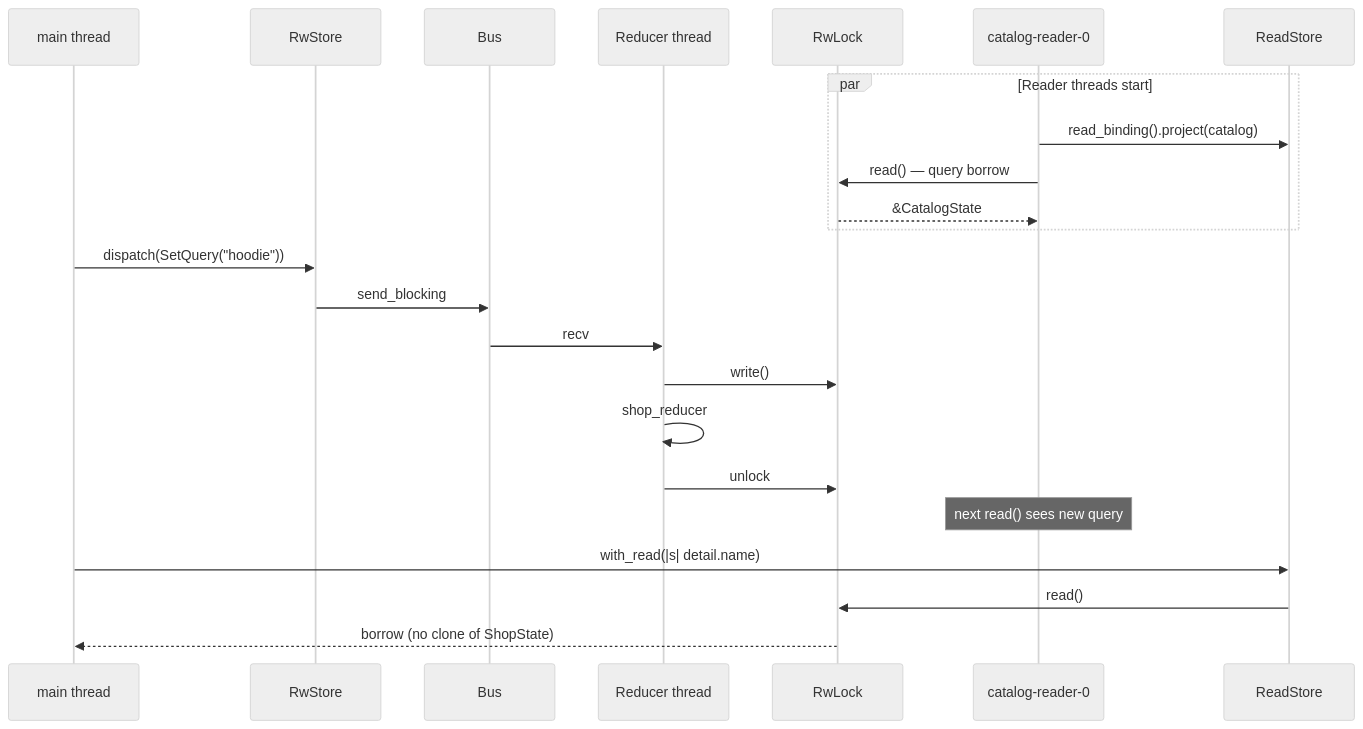
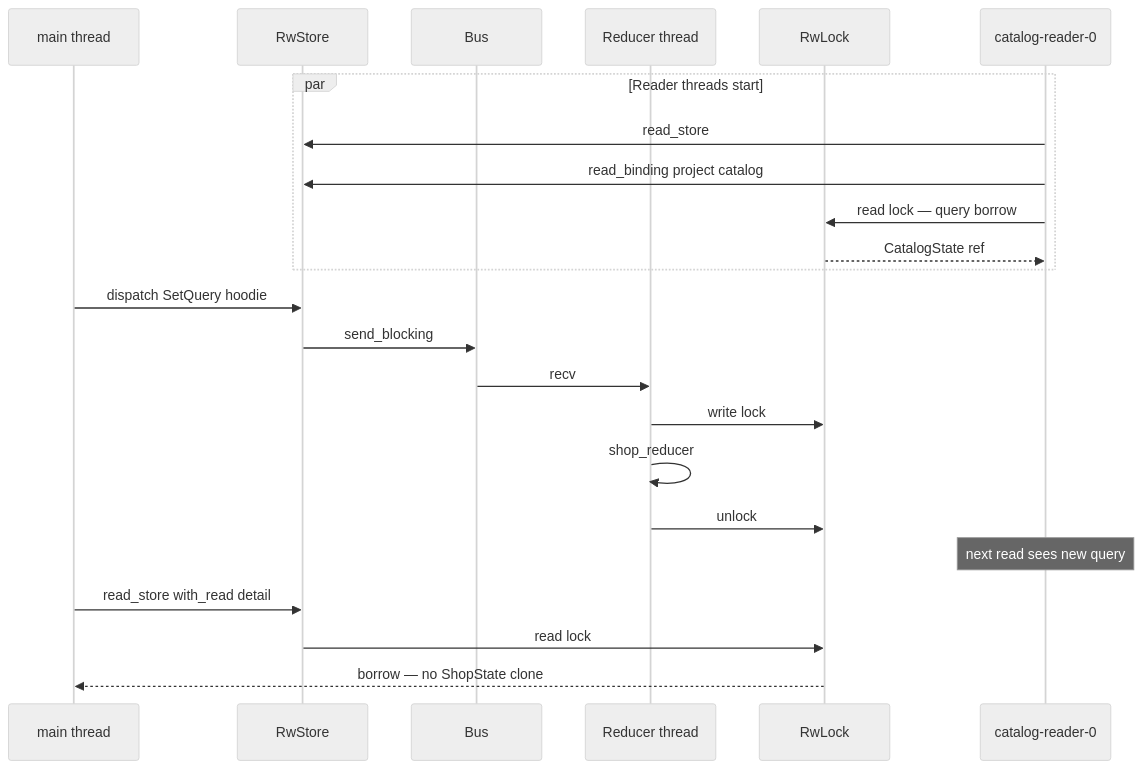
The fourth of 5 diagrams in rust-elm/book/rw_ecommerce.md (akashsoni01/rust-key-paths), drawn with Mermaid (neutral theme) before and after one commit. The commit also changed other lines of this file and 6 other files, not shown here.

````diff
--- a/rust-elm/book/rw_ecommerce.md
+++ b/rust-elm/book/rw_ecommerce.md
@@ -95,28 +131,28 @@
 ```mermaid
 sequenceDiagram
     participant Main as main thread
-    participant RS as RwStore
+    participant S as RwStore
     participant Bus as Bus
     participant RT as Reducer thread
     participant Lock as RwLock
     participant R1 as catalog-reader-0
-    participant RO as ReadStore
 
     par Reader threads start
-        R1->>RO: read_binding().project(catalog)
-        R1->>Lock: read() — query borrow
-        Lock-->>R1: &CatalogState
+        R1->>S: read_store
+        R1->>S: read_binding project catalog
+        R1->>Lock: read lock — query borrow
+        Lock-->>R1: CatalogState ref
     end
 
-    Main->>RS: dispatch(SetQuery("hoodie"))
-    RS->>Bus: send_blocking
+    Main->>S: dispatch SetQuery hoodie
+    S->>Bus: send_blocking
     Bus->>RT: recv
-    RT->>Lock: write()
+    RT->>Lock: write lock
     RT->>RT: shop_reducer
     RT->>Lock: unlock
-    Note over R1: next read() sees new query
+    Note over R1: next read sees new query
 
-    Main->>RO: with_read(|s| detail.name)
-    RO->>Lock: read()
-    Lock-->>Main: borrow (no clone of ShopState)
+    Main->>S: read_store with_read detail
+    S->>Lock: read lock
+    Lock-->>Main: borrow — no ShopState clone
 ```
````
